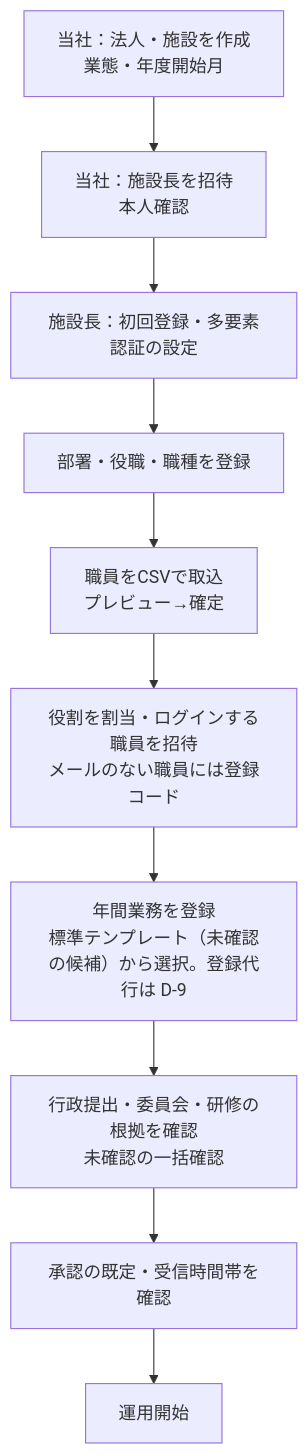
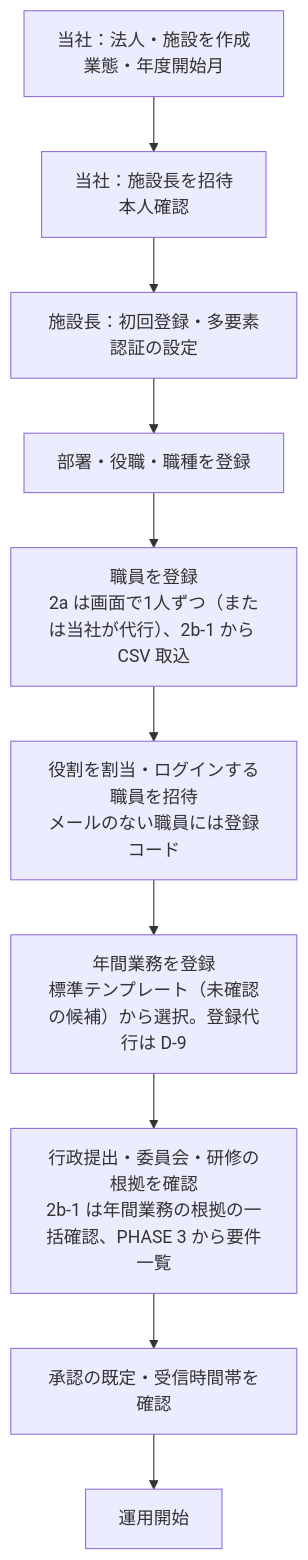
One commit to mao726/company changed the first of 11 diagrams in ai-facility-partner/docs/product/user-flows.md. Above: the diagram before and after it, drawn with Mermaid. The commit also changed 16 other files, not shown here.

````diff
--- a/ai-facility-partner/docs/product/user-flows.md
+++ b/ai-facility-partner/docs/product/user-flows.md
@@ -7,12 +7,12 @@
 ```mermaid
 flowchart TD
   A[当社：法人・施設を作成<br/>業態・年度開始月] --> B[当社：施設長を招待<br/>本人確認]
   B --> C[施設長：初回登録・多要素認証の設定]
   C --> D[部署・役職・職種を登録]
-  D --> E[職員をCSVで取込<br/>プレビュー→確定]
+  D --> E[職員を登録<br/>2a は画面で1人ずつ（または当社が代行）、2b-1 から CSV 取込]
   E --> F[役割を割当・ログインする職員を招待<br/>メールのない職員には登録コード]
   F --> G[年間業務を登録<br/>標準テンプレート（未確認の候補）から選択。登録代行は D-9]
-  G --> H[行政提出・委員会・研修の根拠を確認<br/>未確認の一括確認]
+  G --> H[行政提出・委員会・研修の根拠を確認<br/>2b-1 は年間業務の根拠の一括確認、PHASE 3 から要件一覧]
   H --> I[承認の既定・受信時間帯を確認]
   I --> J[運用開始]
 ```
````
